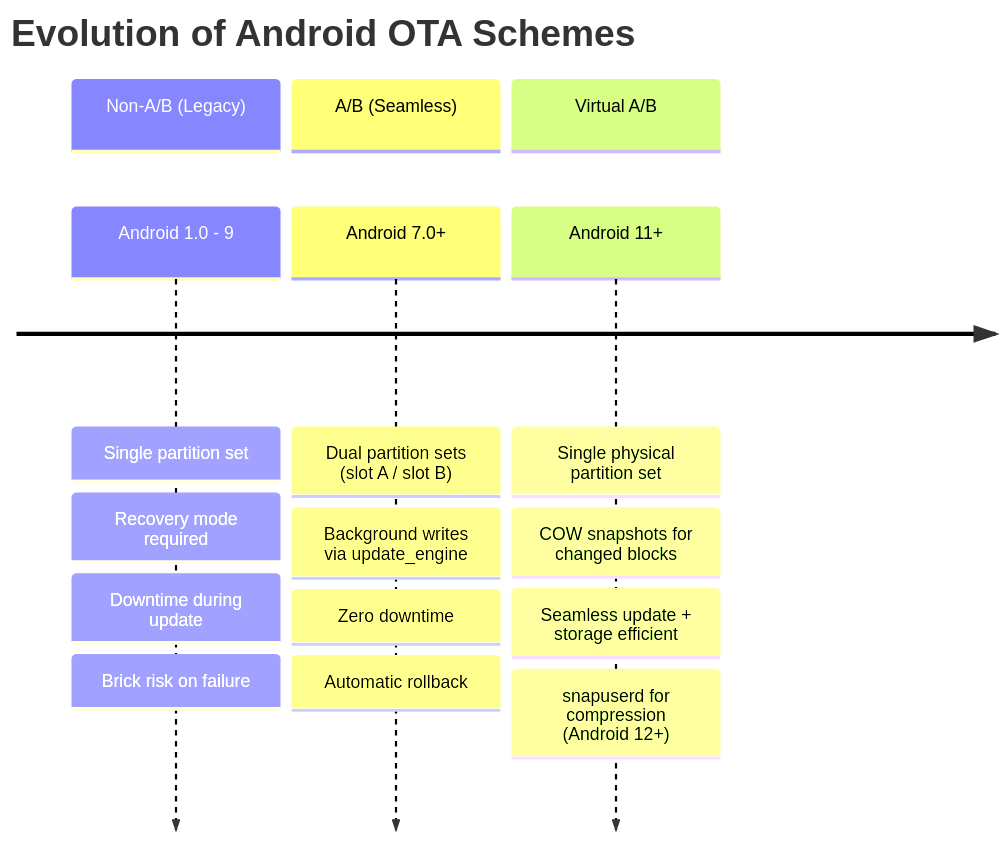
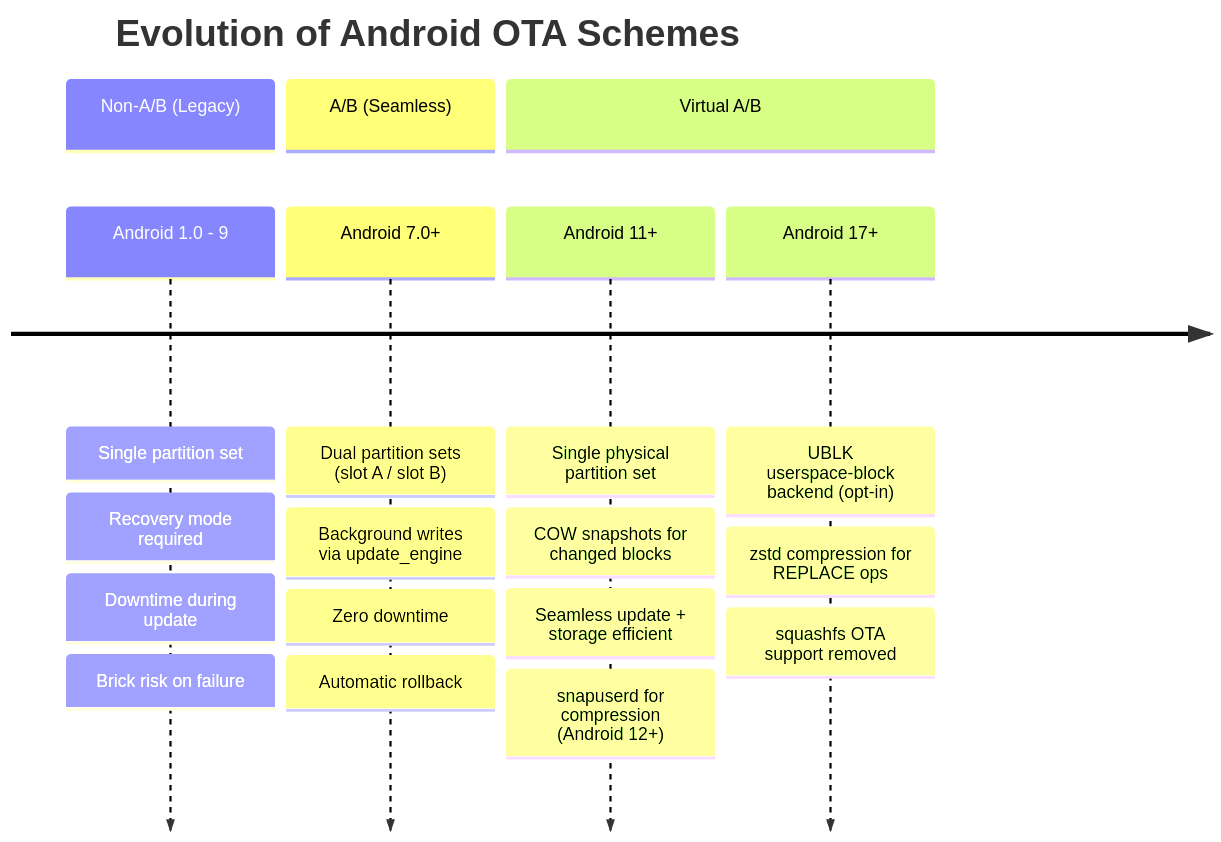
The first of 37 diagrams in agents/claude/skills/aosp-infrastructure/53-ota-updates.md (aospbooks/aosp-internal-book), drawn with Mermaid before and after one commit. The commit also changed other lines of this file and 232 other files, not shown here.

````diff
--- a/agents/claude/skills/aosp-infrastructure/53-ota-updates.md
+++ b/agents/claude/skills/aosp-infrastructure/53-ota-updates.md
@@ -61,19 +67,22 @@
 ```mermaid
 timeline
     title Evolution of Android OTA Schemes
     section Non-A/B (Legacy)
         Android 1.0 - 9 : Single partition set
                          : Recovery mode required
                          : Downtime during update
                          : Brick risk on failure
     section A/B (Seamless)
         Android 7.0+ : Dual partition sets (slot A / slot B)
                      : Background writes via update_engine
                      : Zero downtime
                      : Automatic rollback
     section Virtual A/B
         Android 11+  : Single physical partition set
                      : COW snapshots for changed blocks
                      : Seamless update + storage efficient
                      : snapuserd for compression (Android 12+)
+        Android 17+  : UBLK userspace-block backend (opt-in)
+                     : zstd compression for REPLACE ops
+                     : squashfs OTA support removed
 ```
````
